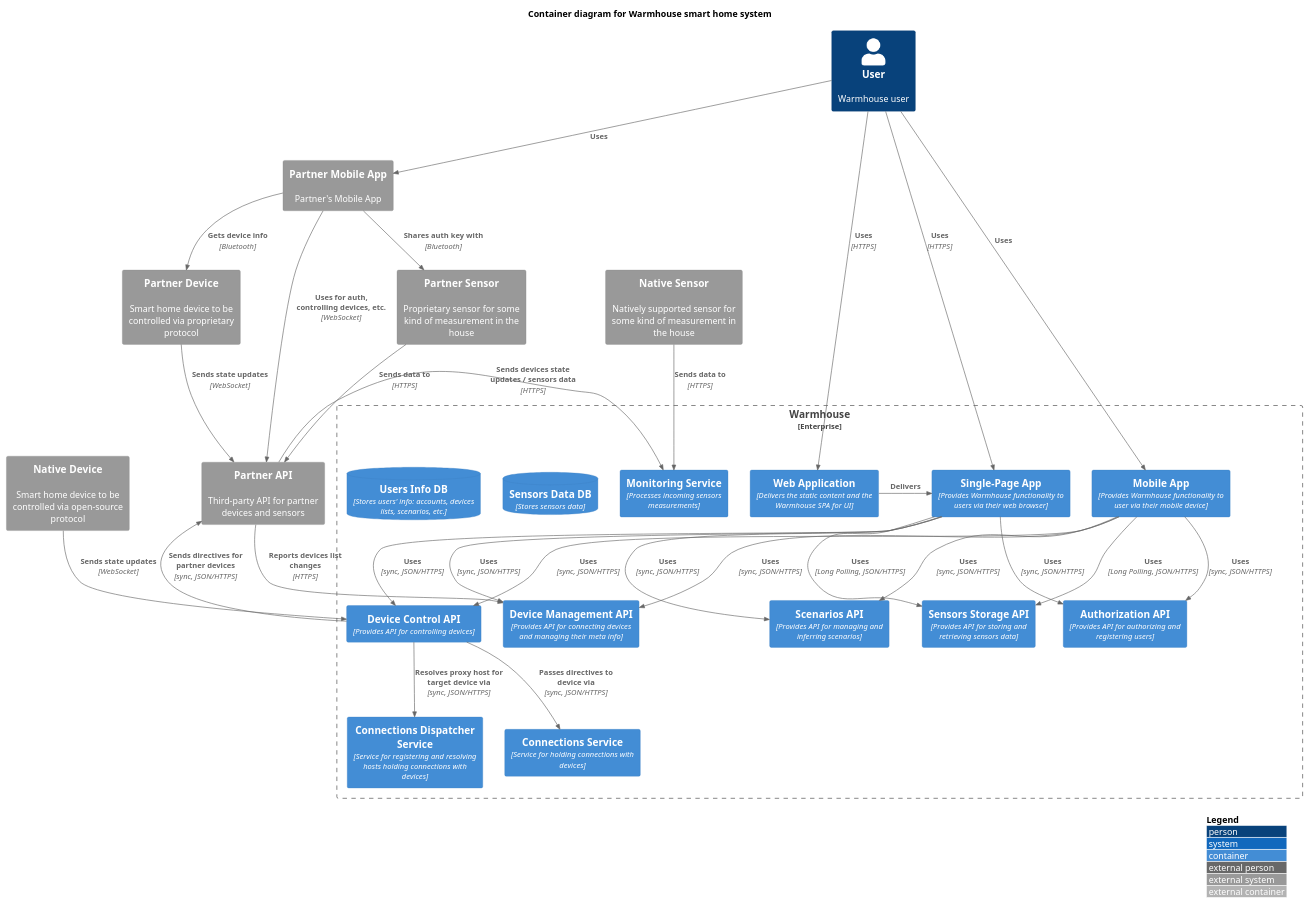
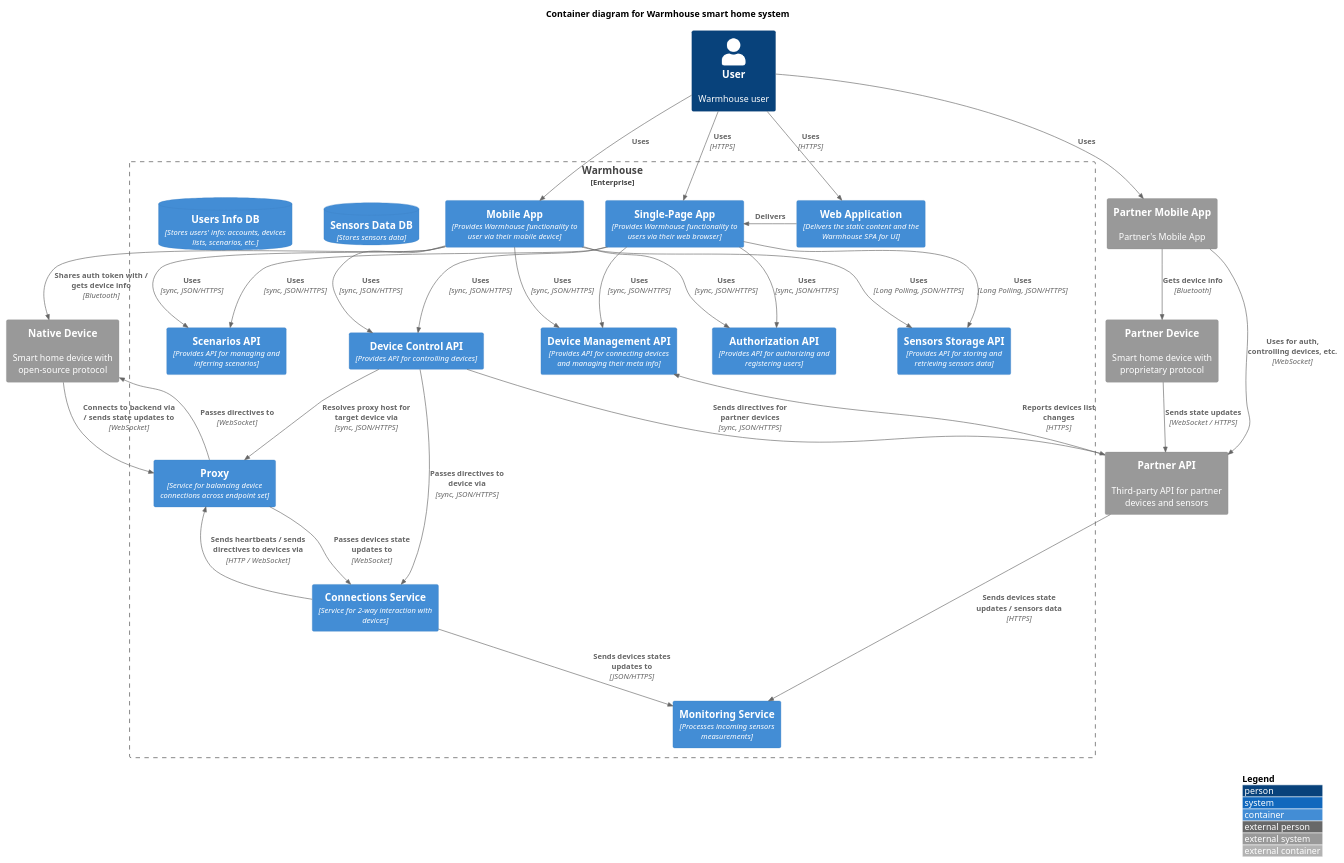
The diagram in diagrams/container/Container.puml (regu1yar/p1-architecture-warmhouse), drawn with PlantUML before and after one commit. The commit also changed 2 other files, not shown here.

Commit message:
Add proxy for connections management

```diff
--- a/diagrams/container/Container.puml
+++ b/diagrams/container/Container.puml
@@ -1,78 +1,79 @@
 @startuml "enterprise"
 
 ' !include https://raw.githubusercontent.com/plantuml-stdlib/C4-PlantUML/master/C4_Container.puml
 !include ./C4_Container.puml
 
 LAYOUT_WITH_LEGEND()
 
 title Container diagram for Warmhouse smart home system
 
 Person(user, "User", "Warmhouse user")
 
-System_Ext(sensor_partner, "Partner Sensor", "Proprietary sensor for some kind of measurement in the house")
-System_Ext(device_partner, "Partner Device", "Smart home device to be controlled via proprietary protocol")
-
-System_Ext(sensor_native, "Native Sensor", "Natively supported sensor for some kind of measurement in the house")
-System_Ext(device_native, "Native Device", "Smart home device to be controlled via open-source protocol")
+System_Ext(device_partner, "Partner Device", "Smart home device with proprietary protocol")
+System_Ext(device_native, "Native Device", "Smart home device with open-source protocol")
 
 System_Ext(partner_mobile_app, "Partner Mobile App", "Partner's Mobile App")
 System_Ext(partner_api, "Partner API", "Third-party API for partner devices and sensors")
 
 Enterprise_Boundary(warmhouse_boundary, "Warmhouse") {
     Container(warmhouse_web_app, "Web Application", "Delivers the static content and the Warmhouse SPA for UI")
     Container(warmhouse_spa, "Single-Page App", "Provides Warmhouse functionality to users via their web browser")
     Container(warmhouse_mobile_app, "Mobile App", "Provides Warmhouse functionality to user via their mobile device")
 
-    ' TODO: add relations with warmhouse_connections_*
-    Container(warmhouse_connections_dispatcher_service, "Connections Dispatcher Service", "Service for registering and resolving hosts holding connections with devices")
-    Container(warmhouse_connections_service, "Connections Service", "Service for holding connections with devices")
+    Container(warmhouse_proxy_service, "Proxy", "Service for balancing device connections across endpoint set")
+    Container(warmhouse_connections_service, "Connections Service", "Service for 2-way interaction with devices")
+
     Container(warmhouse_device_control_backend_api, "Device Control API", "Provides API for controlling devices")
     Container(warmhouse_scenarios_backend_api, "Scenarios API", "Provides API for managing and inferring scenarios")
 
     Container(warmhouse_monitoring_service, "Monitoring Service", "Processes incoming sensors measurements")
     Container(warmhouse_sensors_storage_backend_api, "Sensors Storage API", "Provides API for storing and retrieving sensors data")
     ContainerDb(warmhouse_sensors_data_db, "Sensors Data DB", "Stores sensors data")
 
     Container(warmhouse_authorization_backend_api, "Authorization API", "Provides API for authorizing and registering users")
     Container(warmhouse_device_management_backend_api, "Device Management API", "Provides API for connecting devices and managing their meta info")
 
     ContainerDb(warmhouse_users_info_db, "Users Info DB", "Stores users' info: accounts, devices lists, scenarios, etc.")
 }
 
 Rel(user, partner_mobile_app, "Uses")
 Rel(user, warmhouse_web_app, "Uses", "HTTPS")
 Rel(user, warmhouse_spa, "Uses", "HTTPS")
 Rel(user, warmhouse_mobile_app, "Uses")
 
-Rel(sensor_partner, partner_api, "Sends data to", "HTTPS")
-Rel(device_partner, partner_api, "Sends state updates", "WebSocket")
+Rel(device_partner, partner_api, "Sends state updates", "WebSocket / HTTPS")
 
-Rel(sensor_native, warmhouse_monitoring_service, "Sends data to", "HTTPS")
-Rel(device_native, warmhouse_device_control_backend_api, "Sends state updates", "WebSocket")
+Rel(device_native, warmhouse_proxy_service, "Connects to backend via / sends state updates to", "WebSocket")
 
-Rel(partner_mobile_app, sensor_partner, "Shares auth key with", "Bluetooth")
 Rel(partner_mobile_app, device_partner, "Gets device info", "Bluetooth")
 Rel(partner_mobile_app, partner_api, "Uses for auth, controlling devices, etc.", "WebSocket")
 
 Rel(partner_api, warmhouse_monitoring_service, "Sends devices state updates / sensors data", "HTTPS")
 Rel(partner_api, warmhouse_device_management_backend_api, "Reports devices list changes", "HTTPS")
 
 Rel_Neighbor(warmhouse_web_app, warmhouse_spa, "Delivers")
 
 Rel(warmhouse_spa, warmhouse_device_control_backend_api, "Uses", "sync, JSON/HTTPS")
 Rel(warmhouse_spa, warmhouse_scenarios_backend_api, "Uses", "sync, JSON/HTTPS")
 Rel(warmhouse_spa, warmhouse_sensors_storage_backend_api, "Uses", "Long Polling, JSON/HTTPS")
 Rel(warmhouse_spa, warmhouse_authorization_backend_api, "Uses", "sync, JSON/HTTPS")
 Rel(warmhouse_spa, warmhouse_device_management_backend_api, "Uses", "sync, JSON/HTTPS")
 
+Rel(warmhouse_mobile_app, device_native, "Shares auth token with / gets device info", "Bluetooth")
 Rel(warmhouse_mobile_app, warmhouse_device_control_backend_api, "Uses", "sync, JSON/HTTPS")
 Rel(warmhouse_mobile_app, warmhouse_scenarios_backend_api, "Uses", "sync, JSON/HTTPS")
 Rel(warmhouse_mobile_app, warmhouse_sensors_storage_backend_api, "Uses", "Long Polling, JSON/HTTPS")
 Rel(warmhouse_mobile_app, warmhouse_authorization_backend_api, "Uses", "sync, JSON/HTTPS")
 Rel(warmhouse_mobile_app, warmhouse_device_management_backend_api, "Uses", "sync, JSON/HTTPS")
 
-Rel(warmhouse_device_control_backend_api, warmhouse_connections_dispatcher_service, "Resolves proxy host for target device via", "sync, JSON/HTTPS")
+Rel(warmhouse_proxy_service, device_native, "Passes directives to", "WebSocket")
+Rel(warmhouse_proxy_service, warmhouse_connections_service, "Passes devices state updates to", "WebSocket")
+
+Rel(warmhouse_connections_service, warmhouse_proxy_service, "Sends heartbeats / sends directives to devices via", "HTTP / WebSocket")
+Rel(warmhouse_connections_service, warmhouse_monitoring_service, "Sends devices states updates to", "JSON/HTTPS")
+
+Rel(warmhouse_device_control_backend_api, warmhouse_proxy_service, "Resolves proxy host for target device via", "sync, JSON/HTTPS")
 Rel(warmhouse_device_control_backend_api, warmhouse_connections_service, "Passes directives to device via", "sync, JSON/HTTPS")
 Rel(warmhouse_device_control_backend_api, partner_api, "Sends directives for partner devices", "sync, JSON/HTTPS")
 
 @enduml
```
